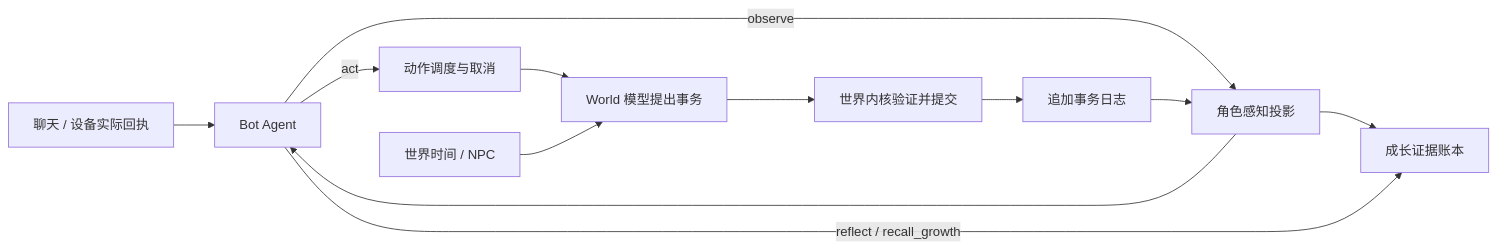
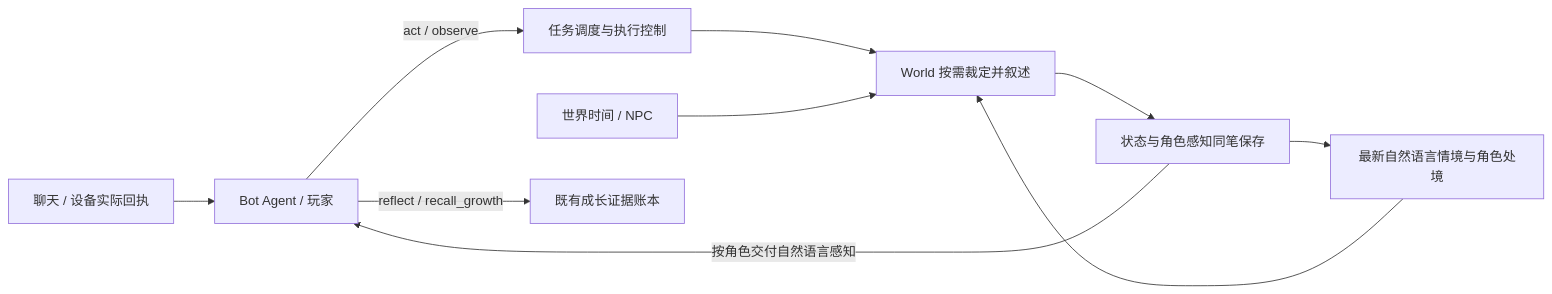
One commit to YesWeAreBot/YesImBotWorld changed the first of 3 diagrams in README.md. Above: the diagram before and after it, drawn with Mermaid. The commit also changed other lines of this file and 48 other files, not shown here.

````diff
--- a/README.md
+++ b/README.md
@@ -20,14 +22,12 @@
 ```mermaid
 flowchart LR
-  B[Bot Agent] -->|observe| O[角色感知投影]
-  O --> B
-  B -->|act| A[动作调度与取消]
-  A --> W[World 模型提出事务]
-  W --> K[世界内核验证并提交]
-  K --> J[追加事务日志]
-  J --> O
+  B[Bot Agent / 玩家] -->|act / observe| A[任务调度与执行控制]
+  S[最新自然语言情境与角色处境] --> W[World 按需裁定并叙述]
+  A --> W
   T[世界时间 / NPC] --> W
-  O --> G[成长证据账本]
-  B -->|reflect / recall_growth| G
+  W --> J[状态与角色感知同笔保存]
+  J --> S
+  J -->|按角色交付自然语言感知| B
+  B -->|reflect / recall_growth| G[既有成长证据账本]
   P[聊天 / 设备实际回执] --> B
 ```
````
